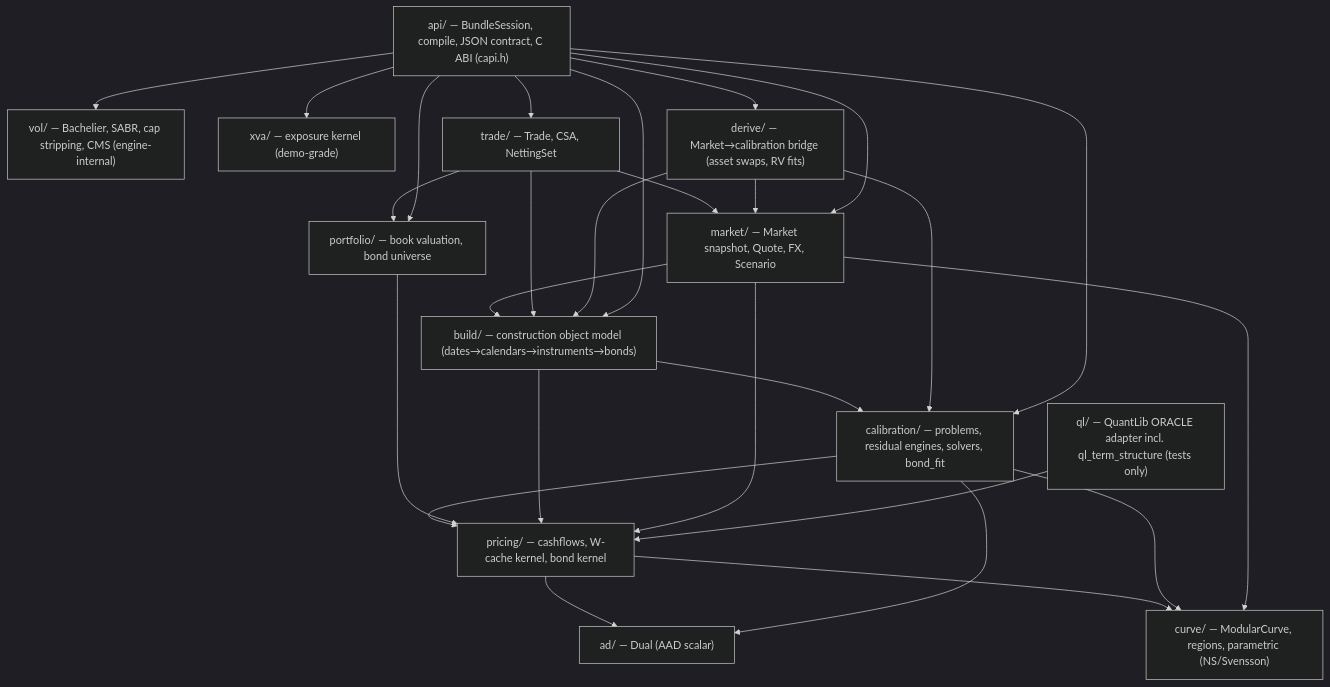
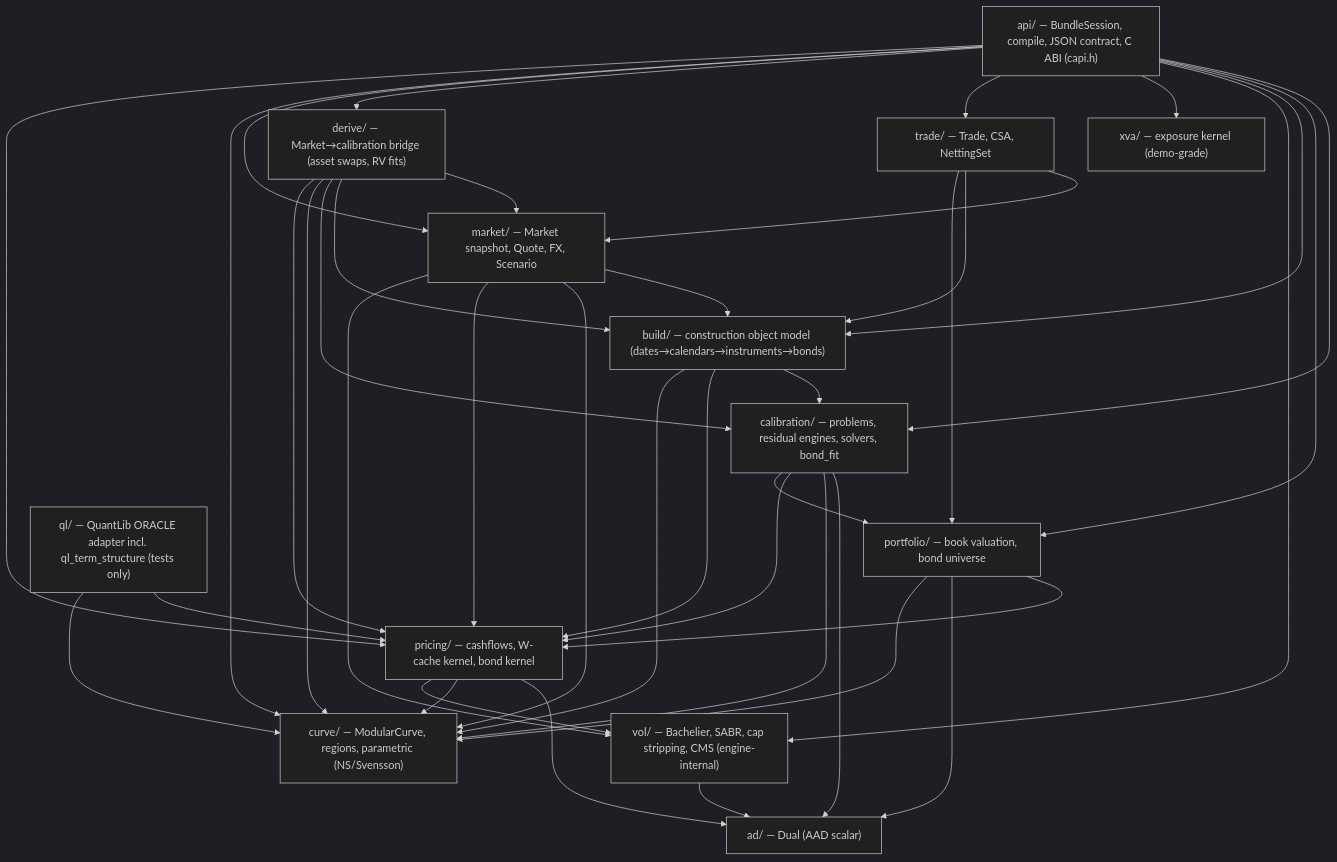
The first of 2 diagrams in ARCHITECTURE.md (kbro123/SwapEngine), drawn with Mermaid (dark theme) before and after one commit. The commit also changed other lines of this file and 11 other files, not shown here.

First line of the commit message:
refactor(E6.4): break both include cycles and make ARCHITECTURE.md's layer DAG an enforced contract

````diff
--- a/ARCHITECTURE.md
+++ b/ARCHITECTURE.md
@@ -17,43 +17,56 @@
 ```mermaid
 graph TD
     ad["ad/ — Dual (AAD scalar)"]
     curve["curve/ — ModularCurve, regions, parametric (NS/Svensson)"]
     pricing["pricing/ — cashflows, W-cache kernel, bond kernel"]
     calibration["calibration/ — problems, residual engines, solvers, bond_fit"]
     portfolio["portfolio/ — book valuation, bond universe"]
     build["build/ — construction object model (dates→calendars→instruments→bonds)"]
     vol["vol/ — Bachelier, SABR, cap stripping, CMS (engine-internal)"]
     xva["xva/ — exposure kernel (demo-grade)"]
     market["market/ — Market snapshot, Quote, FX, Scenario"]
     trade["trade/ — Trade, CSA, NettingSet"]
     derive["derive/ — Market→calibration bridge (asset swaps, RV fits)"]
     api["api/ — BundleSession, compile, JSON contract, C ABI (capi.h)"]
     ql["ql/ — QuantLib ORACLE adapter incl. ql_term_structure (tests only)"]
 
     pricing --> ad
     pricing --> curve
     calibration --> ad
     calibration --> curve
     calibration --> pricing
     portfolio --> pricing
     build --> calibration
     build --> pricing
     market --> build
     market --> curve
     market --> pricing
     trade --> market
     trade --> build
     trade --> portfolio
     derive --> market
     derive --> build
     derive --> calibration
     api --> calibration
     api --> portfolio
     api --> build
     api --> vol
     api --> xva
     api --> trade
     api --> derive
     api --> market
     ql --> pricing
+    ql --> curve
+
+    vol --> ad
+    pricing --> vol
+    market --> vol
+    portfolio --> ad
+    portfolio --> curve
+    build --> curve
+    calibration --> portfolio
+    derive --> curve
+    derive --> pricing
+    api --> curve
+    api --> pricing
 ```
````
